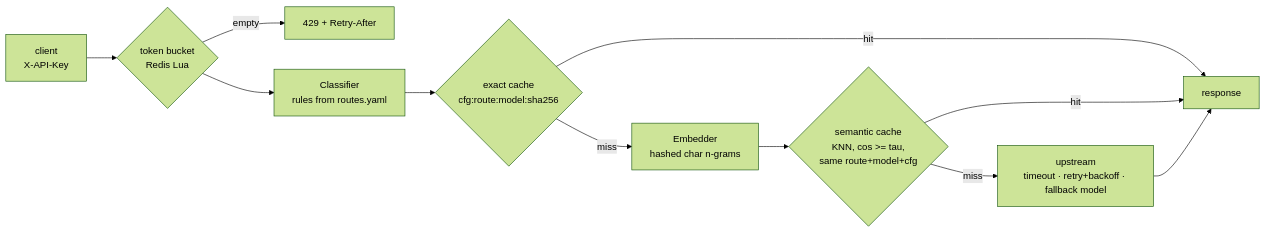
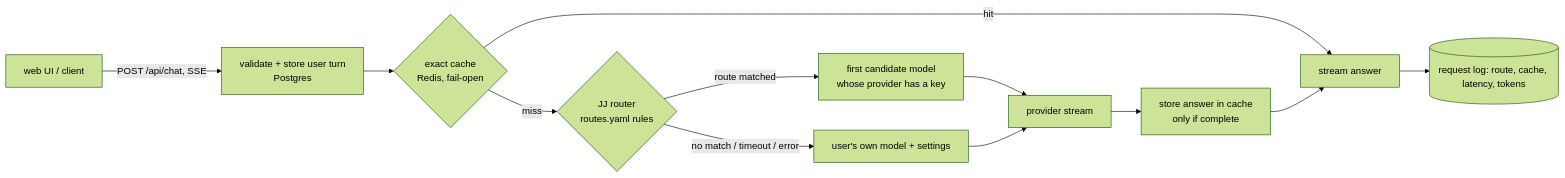
The second of 3 diagrams in Readme.md (ducthangng/mlops-skeleton), drawn with Mermaid (forest theme) before and after one commit. The commit also changed other lines of this file and 88 other files, not shown here.

````diff
--- a/Readme.md
+++ b/Readme.md
@@ -49,11 +71,13 @@
 ```mermaid
 flowchart LR
-    C[client<br/>X-API-Key] --> RL{token bucket<br/>Redis Lua}
-    RL -- empty --> E429[429 + Retry-After]
-    RL --> CL[Classifier<br/>rules from routes.yaml]
-    CL --> EX{exact cache<br/>cfg:route:model:sha256}
-    EX -- hit --> OUT[response]
-    EX -- miss --> EM[Embedder<br/>hashed char n-grams] --> SC{semantic cache<br/>KNN, cos >= tau,<br/>same route+model+cfg}
-    SC -- hit --> OUT
-    SC -- miss --> UP[upstream<br/>timeout · retry+backoff · fallback model] --> OUT
+    UI[web UI / client] -- POST /api/chat, SSE --> V[validate + store user turn<br/>Postgres]
+    V --> C{exact cache<br/>Redis, fail-open}
+    C -- hit --> OUT[stream answer]
+    C -- miss --> JJ{JJ router<br/>routes.yaml rules}
+    JJ -- route matched --> M[first candidate model<br/>whose provider has a key]
+    JJ -- no match / timeout / error --> U[user's own model + settings]
+    M --> P[provider stream]
+    U --> P
+    P --> S[store answer in cache<br/>only if complete] --> OUT
+    OUT --> L[(request log: route, cache, latency, tokens)]
 ```
````
